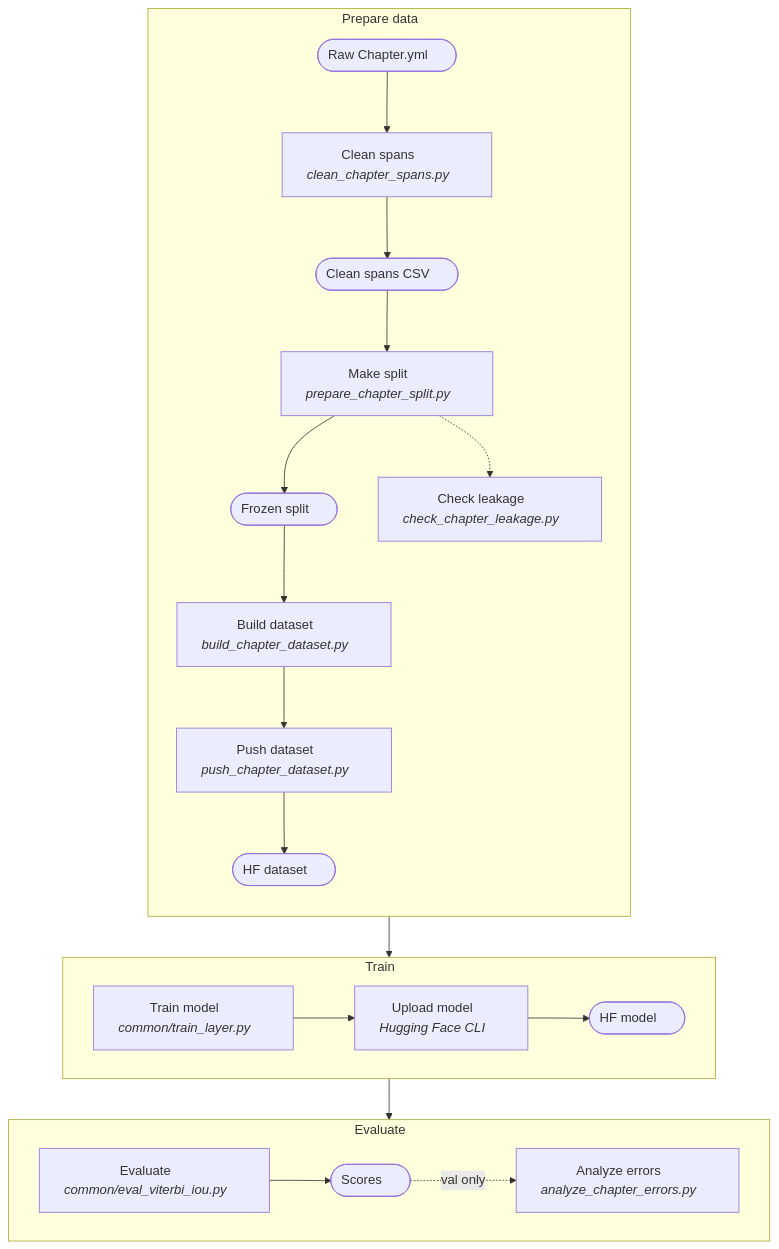
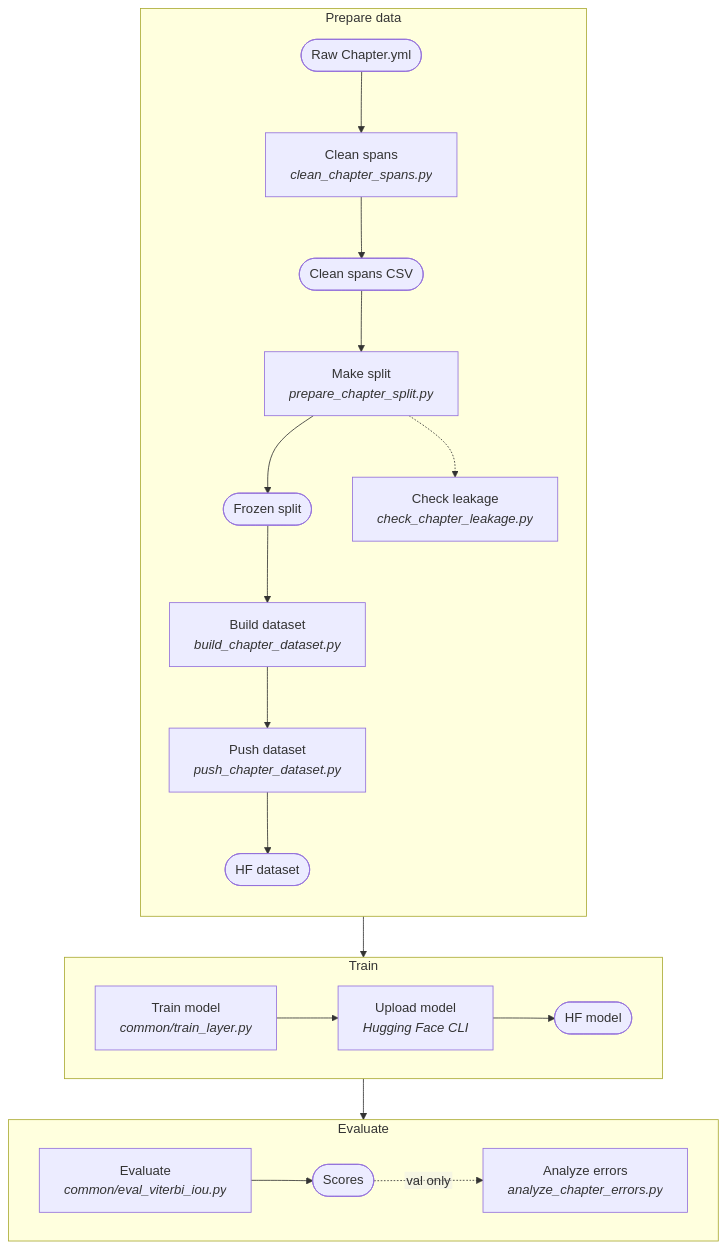
One commit to tenzinyonten/tibetan-layer-detection changed the diagram in chapter/README.md. Above: the diagram before and after it, drawn with Mermaid. The commit also changed 8 other files, not shown here.

Commit message:
Flowcharts: draw labels as SVG text instead of HTML, drop padding

````diff
--- a/chapter/README.md
+++ b/chapter/README.md
@@ -31,26 +31,27 @@
 ```mermaid
+%%{init: {"flowchart": {"htmlLabels": false}}}%%
 flowchart TD
-  subgraph PREP["Prepare data&nbsp;&nbsp;&nbsp;&nbsp;&nbsp;"]
+  subgraph PREP["Prepare data"]
     direction TB
-    F1(["Raw Chapter.yml&nbsp;&nbsp;&nbsp;&nbsp;&nbsp;"]) --> S1["Clean spans&nbsp;&nbsp;&nbsp;&nbsp;&nbsp;<br/><i>clean_chapter_spans.py&nbsp;&nbsp;&nbsp;&nbsp;&nbsp;</i>"]
-    S1 --> F2(["Clean spans CSV&nbsp;&nbsp;&nbsp;&nbsp;&nbsp;"])
-    F2 --> S2["Make split&nbsp;&nbsp;&nbsp;&nbsp;&nbsp;<br/><i>prepare_chapter_split.py&nbsp;&nbsp;&nbsp;&nbsp;&nbsp;</i>"]
-    S2 --> F3(["Frozen split&nbsp;&nbsp;&nbsp;&nbsp;&nbsp;"])
-    F3 --> S3["Build dataset&nbsp;&nbsp;&nbsp;&nbsp;&nbsp;<br/><i>build_chapter_dataset.py&nbsp;&nbsp;&nbsp;&nbsp;&nbsp;</i>"]
-    S3 --> S4["Push dataset&nbsp;&nbsp;&nbsp;&nbsp;&nbsp;<br/><i>push_chapter_dataset.py&nbsp;&nbsp;&nbsp;&nbsp;&nbsp;</i>"]
-    S4 --> F4(["HF dataset&nbsp;&nbsp;&nbsp;&nbsp;&nbsp;"])
-    S2 -.-> L["Check leakage&nbsp;&nbsp;&nbsp;&nbsp;&nbsp;<br/><i>check_chapter_leakage.py&nbsp;&nbsp;&nbsp;&nbsp;&nbsp;</i>"]
+    F1(["Raw Chapter.yml"]) --> S1["Clean spans<br/><i>clean_chapter_spans.py</i>"]
+    S1 --> F2(["Clean spans CSV"])
+    F2 --> S2["Make split<br/><i>prepare_chapter_split.py</i>"]
+    S2 --> F3(["Frozen split"])
+    F3 --> S3["Build dataset<br/><i>build_chapter_dataset.py</i>"]
+    S3 --> S4["Push dataset<br/><i>push_chapter_dataset.py</i>"]
+    S4 --> F4(["HF dataset"])
+    S2 -.-> L["Check leakage<br/><i>check_chapter_leakage.py</i>"]
   end
-  subgraph TRAIN["Train&nbsp;&nbsp;&nbsp;&nbsp;&nbsp;"]
+  subgraph TRAIN["Train"]
     direction LR
-    S5["Train model&nbsp;&nbsp;&nbsp;&nbsp;&nbsp;<br/><i>common/train_layer.py&nbsp;&nbsp;&nbsp;&nbsp;&nbsp;</i>"] --> S6["Upload model&nbsp;&nbsp;&nbsp;&nbsp;&nbsp;<br/><i>Hugging Face CLI&nbsp;&nbsp;&nbsp;&nbsp;&nbsp;</i>"]
-    S6 --> F5(["HF model&nbsp;&nbsp;&nbsp;&nbsp;&nbsp;"])
+    S5["Train model<br/><i>common/train_layer.py</i>"] --> S6["Upload model<br/><i>Hugging Face CLI</i>"]
+    S6 --> F5(["HF model"])
   end
-  subgraph EVAL["Evaluate&nbsp;&nbsp;&nbsp;&nbsp;&nbsp;"]
+  subgraph EVAL["Evaluate"]
     direction LR
-    S7["Evaluate&nbsp;&nbsp;&nbsp;&nbsp;&nbsp;<br/><i>common/eval_viterbi_iou.py&nbsp;&nbsp;&nbsp;&nbsp;&nbsp;</i>"] --> F6(["Scores&nbsp;&nbsp;&nbsp;&nbsp;&nbsp;"])
-    F6 -. "val only" .-> A["Analyze errors&nbsp;&nbsp;&nbsp;&nbsp;&nbsp;<br/><i>analyze_chapter_errors.py&nbsp;&nbsp;&nbsp;&nbsp;&nbsp;</i>"]
+    S7["Evaluate<br/><i>common/eval_viterbi_iou.py</i>"] --> F6(["Scores"])
+    F6 -. "val only" .-> A["Analyze errors<br/><i>analyze_chapter_errors.py</i>"]
   end
   PREP --> TRAIN
   TRAIN --> EVAL
 ```
````
